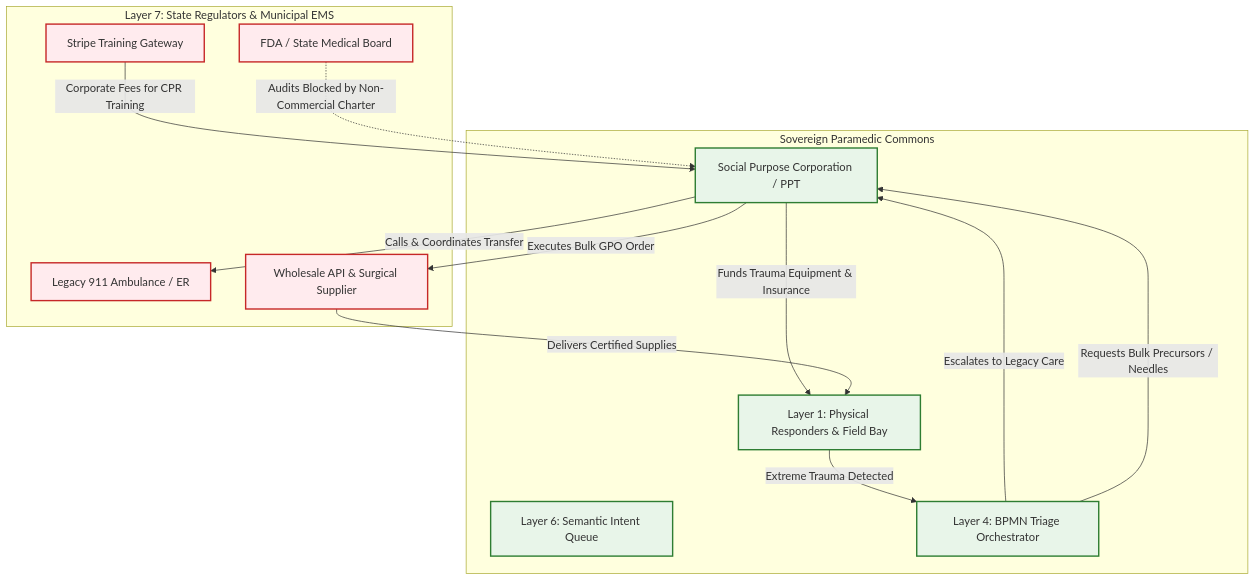
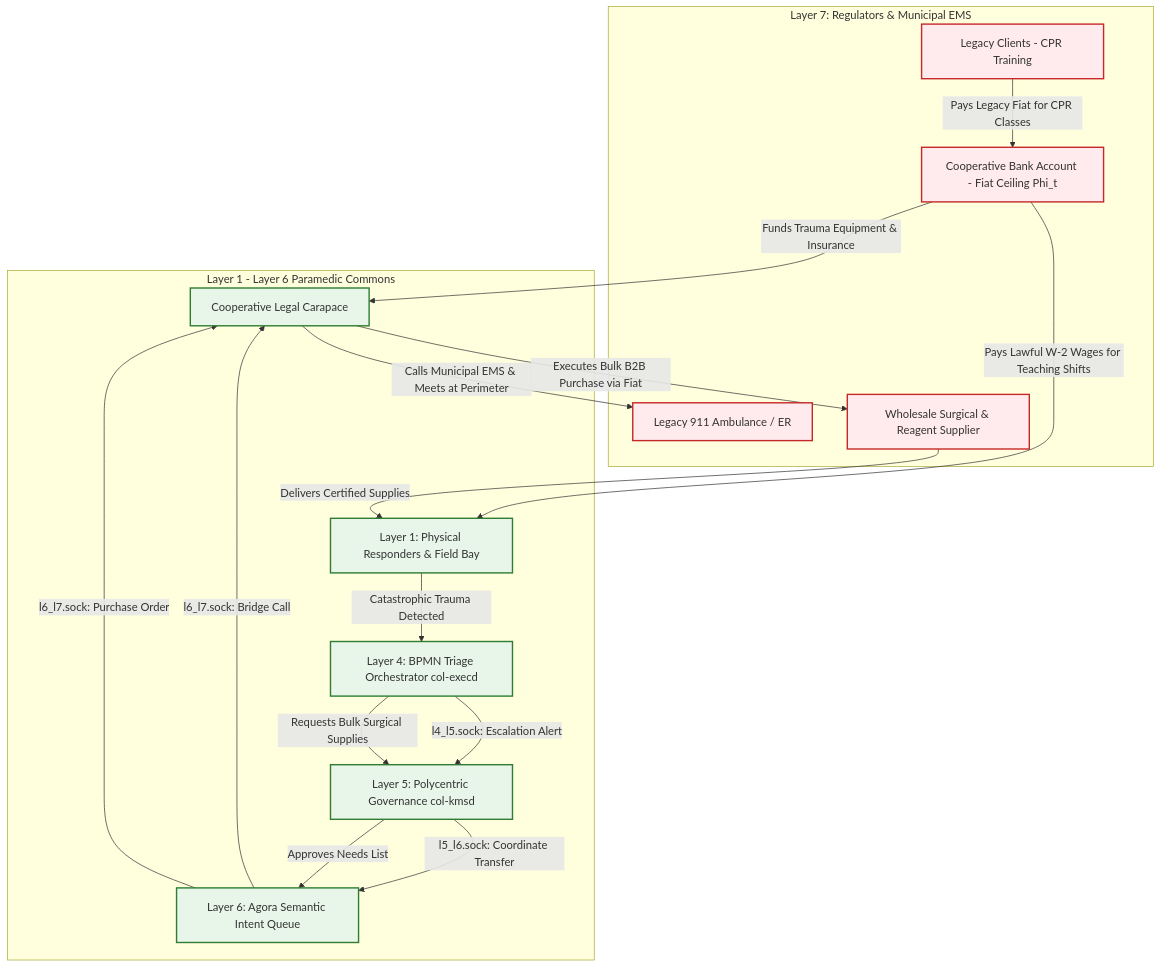
The fourth of 4 diagrams in docs/scenarios/chi_paramedic.md (raffaine/collective), drawn with Mermaid before and after one commit. The commit also changed other lines of this file and 23 other files, not shown here.

````diff
--- a/docs/scenarios/chi_paramedic.md
+++ b/docs/scenarios/chi_paramedic.md
@@ -174,36 +196,41 @@
 ```mermaid
 graph TD
-    subgraph Legacy Environment [Layer 7: State Regulators & Municipal EMS]
+    subgraph Legacy Environment [Layer 7: Regulators & Municipal EMS]
         MunicipalEMS[Legacy 911 Ambulance / ER]
-        StripeGateway[Stripe Training Gateway]
-        RegulatorFDA[FDA / State Medical Board]
-        MedicalSupply[Wholesale API & Surgical Supplier]
+        WorkshopClients[Legacy Clients - CPR Training]
+        MedicalSupply[Wholesale Surgical & Reagent Supplier]
+        BankTreasury[Cooperative Bank Account - Fiat Ceiling Phi_t]
     end
 
-    subgraph Sovereign Node [Sovereign Paramedic Commons]
-        SPC[Social Purpose Corporation / PPT]
-        L6[Layer 6: Semantic Intent Queue]
-        L4[Layer 4: BPMN Triage Orchestrator]
+    subgraph Sovereign Node [Layer 1 - Layer 6 Paramedic Commons]
+        Carapace[Cooperative Legal Carapace]
+        L6[Layer 6: Agora Semantic Intent Queue]
+        L5[Layer 5: Polycentric Governance col-kmsd]
+        L4[Layer 4: BPMN Triage Orchestrator col-execd]
         L1[Layer 1: Physical Responders & Field Bay]
     end
 
-    %% Inbound Training Flow
-    StripeGateway -->|Corporate Fees for CPR Training| SPC
-    SPC -->|Funds Trauma Equipment & Insurance| L1
+    %% External Fiat Inflow
+    WorkshopClients -->|Pays Legacy Fiat for CPR Classes| BankTreasury
+    BankTreasury -->|Funds Trauma Equipment & Insurance| Carapace
+    BankTreasury -->|Pays Lawful W-2 Wages for Teaching Shifts| L1
 
-    %% Outbound Escalation & Procurement
-    L1 -->|Extreme Trauma Detected| L4
-    L4 -->|Escalates to Legacy Care| SPC
-    SPC -->|Calls & Coordinates Transfer| MunicipalEMS
+    %% Outbound Escalation Flow
+    L1 -->|Catastrophic Trauma Detected| L4
+    L4 -->|l4_l5.sock: Escalation Alert| L5
+    L5 -->|l5_l6.sock: Coordinate Transfer| L6
+    L6 -->|l6_l7.sock: Bridge Call| Carapace
+    Carapace -->|Calls Municipal EMS & Meets at Perimeter| MunicipalEMS
 
-    L4 -->|Requests Bulk Precursors / Needles| SPC
-    SPC -->|Executes Bulk GPO Order| MedicalSupply
+    %% GPO Procurement Flow
+    L4 -->|Requests Bulk Surgical Supplies| L5
+    L5 -->|Approves Needs List| L6
+    L6 -->|l6_l7.sock: Purchase Order| Carapace
+    Carapace -->|Executes Bulk B2B Purchase via Fiat| MedicalSupply
     MedicalSupply -->|Delivers Certified Supplies| L1
-
-    RegulatorFDA -.->|Audits Blocked by Non-Commercial Charter| SPC
 
     classDef legacy fill:#ffebee,stroke:#c62828,stroke-width:2px;
     classDef sovereign fill:#e8f5e9,stroke:#2e7d32,stroke-width:2px;
-    class MunicipalEMS,StripeGateway,RegulatorFDA,MedicalSupply legacy;
-    class SPC,L6,L4,L1 sovereign;
+    class MunicipalEMS,WorkshopClients,MedicalSupply,BankTreasury legacy;
+    class Carapace,L6,L5,L4,L1 sovereign;
 ```
````
